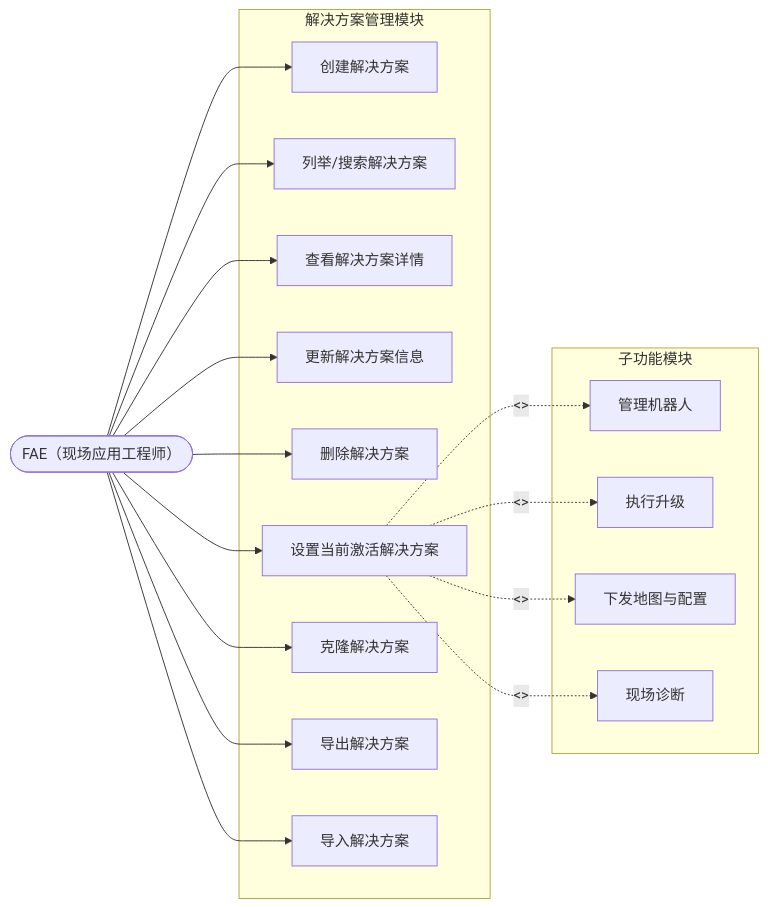
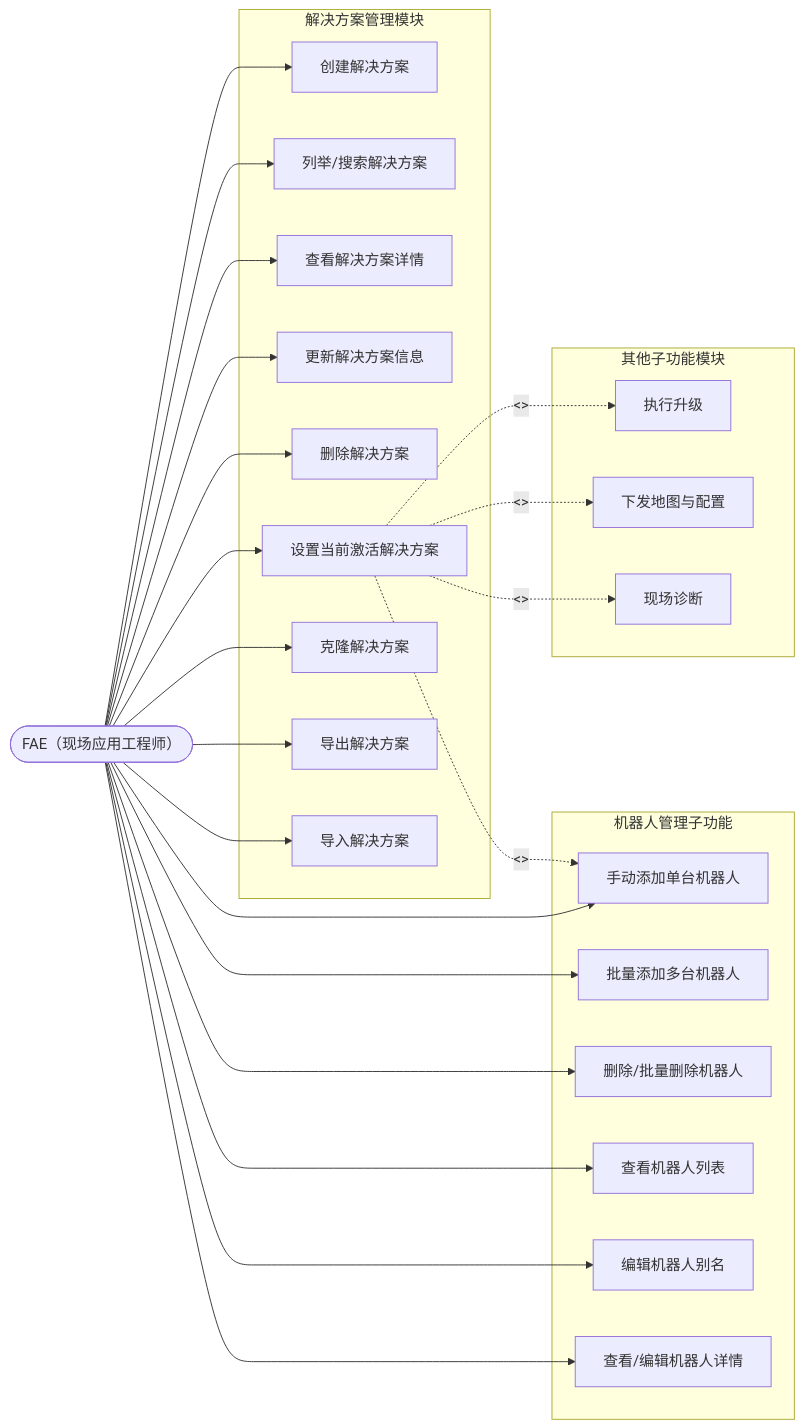
The diagram in documents/requirements/solution_management_requirements.md (etrita005/syrius-robotops), drawn with Mermaid before and after one commit. The commit also changed other lines of this file and 30 other files, not shown here.

````diff
--- a/documents/requirements/solution_management_requirements.md
+++ b/documents/requirements/solution_management_requirements.md
@@ -317,43 +463,58 @@
 ```mermaid
 graph LR
     %% 参与者
     FAE(["FAE（现场应用工程师）"])
 
     %% 解决方案管理模块用例
     subgraph 解决方案管理模块
         UC1[创建解决方案]
         UC2[列举/搜索解决方案]
         UC3[查看解决方案详情]
         UC4[更新解决方案信息]
         UC5[删除解决方案]
         UC6[设置当前激活解决方案]
         UC7[克隆解决方案]
         UC8[导出解决方案]
         UC9[导入解决方案]
     end
 
-    %% 子功能用例
-    subgraph 子功能模块
-        UC10[管理机器人]
-        UC11[执行升级]
-        UC12[下发地图与配置]
-        UC13[现场诊断]
+    %% 机器人管理子功能用例
+    subgraph 机器人管理子功能
+        UC10[手动添加单台机器人]
+        UC11[批量添加多台机器人]
+        UC12[删除/批量删除机器人]
+        UC13[查看机器人列表]
+        UC14[编辑机器人别名]
+        UC15[查看/编辑机器人详情]
+    end
+
+    %% 其他子功能用例
+    subgraph 其他子功能模块
+        UC16[执行升级]
+        UC17[下发地图与配置]
+        UC18[现场诊断]
     end
 
     %% FAE 与用例关联
     FAE --> UC1
     FAE --> UC2
     FAE --> UC3
     FAE --> UC4
     FAE --> UC5
     FAE --> UC6
     FAE --> UC7
     FAE --> UC8
     FAE --> UC9
+    FAE --> UC10
+    FAE --> UC11
+    FAE --> UC12
+    FAE --> UC13
+    FAE --> UC14
+    FAE --> UC15
 
     %% include 关系
     UC6 -.->|<<include>>| UC10
-    UC6 -.->|<<include>>| UC11
-    UC6 -.->|<<include>>| UC12
-    UC6 -.->|<<include>>| UC13
+    UC6 -.->|<<include>>| UC16
+    UC6 -.->|<<include>>| UC17
+    UC6 -.->|<<include>>| UC18
 ```
````
